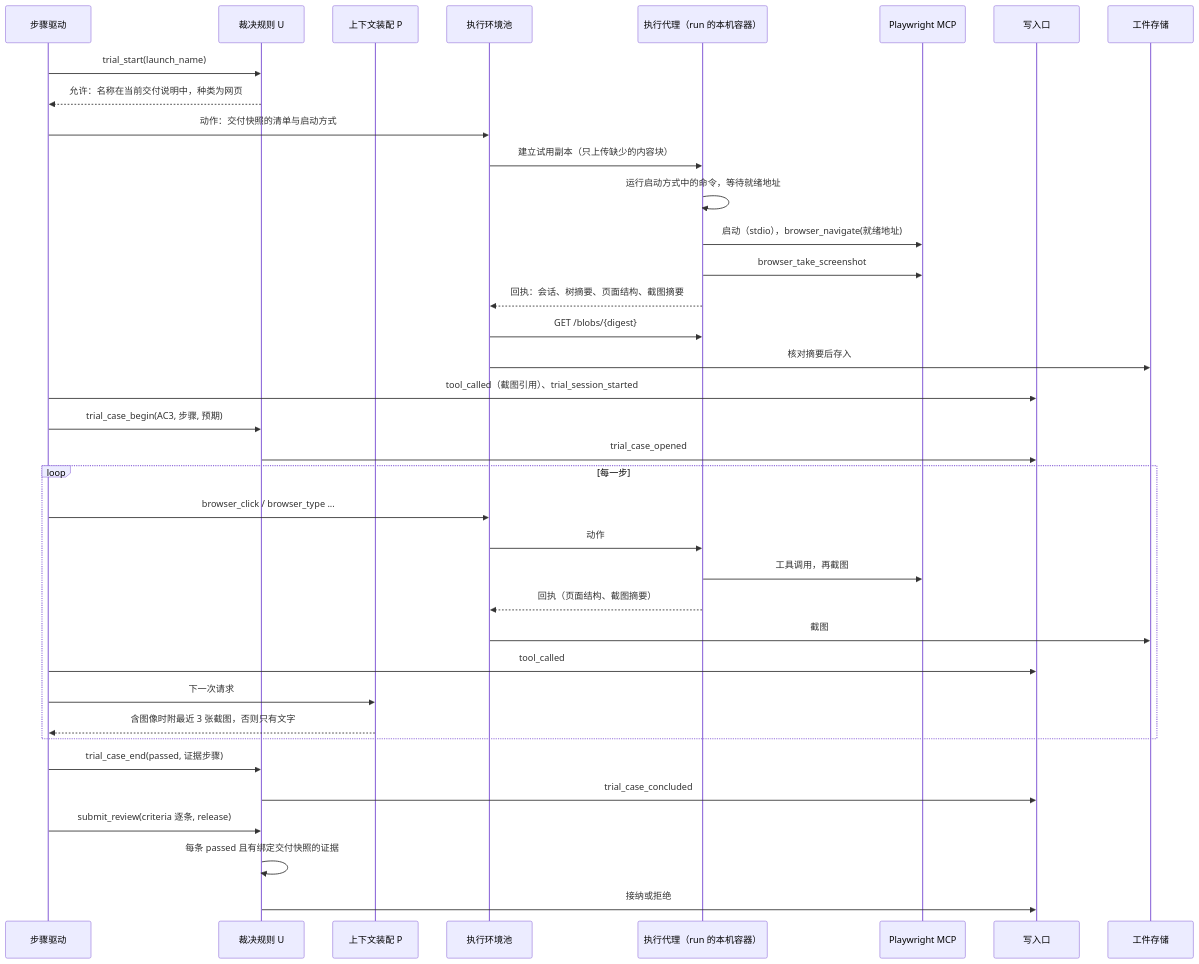
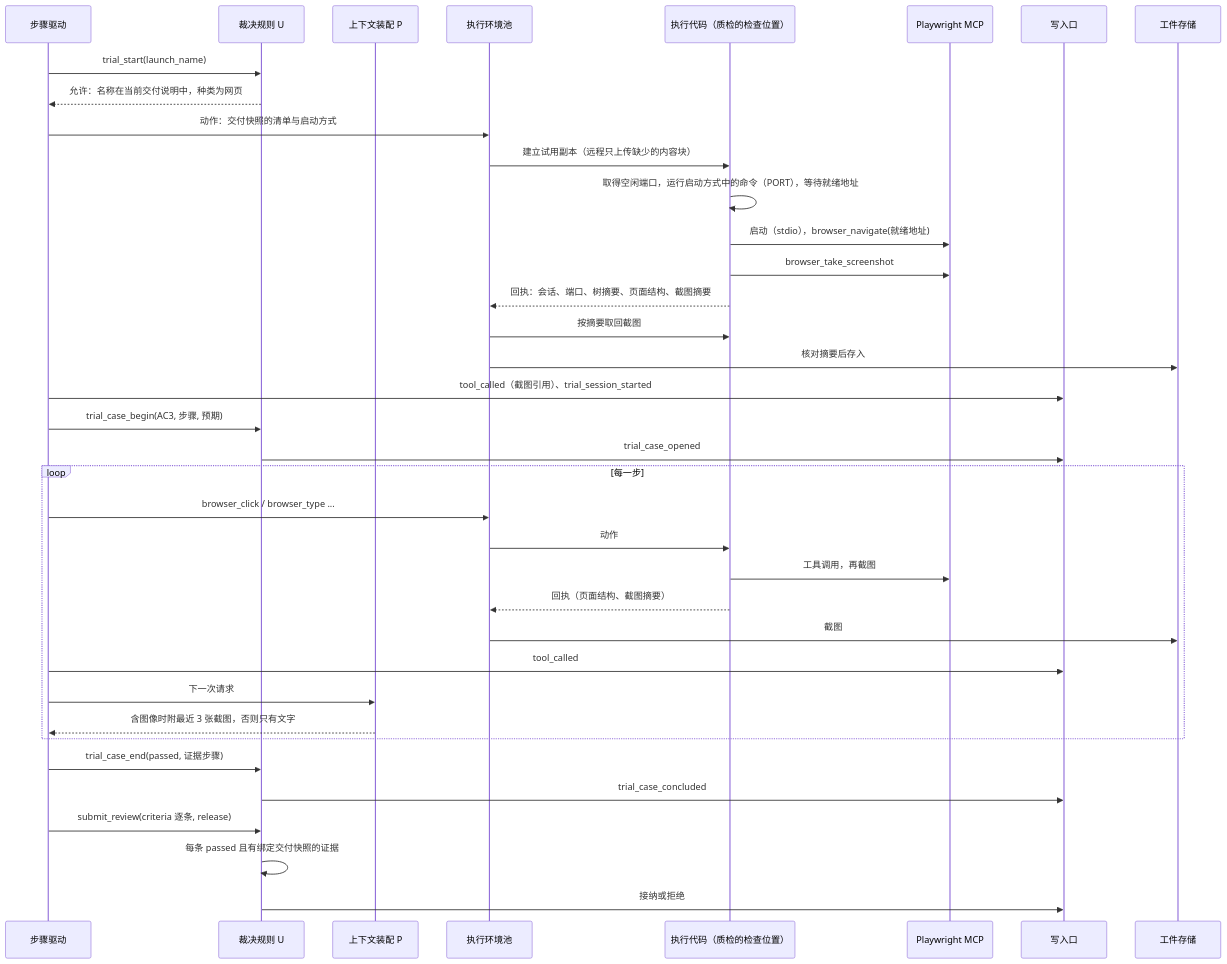
One commit to bender2333/yudao changed the third of 4 diagrams in docs/design/browser-and-computer-use.md. Above: the diagram before and after it, drawn with Mermaid. The commit also changed other lines of this file and 29 other files, not shown here.

````diff
--- a/docs/design/browser-and-computer-use.md
+++ b/docs/design/browser-and-computer-use.md
@@ -417,39 +410,39 @@
 ```mermaid
 sequenceDiagram
   participant S as 步骤驱动
   participant U as 裁决规则 U
   participant P as 上下文装配 P
   participant Pool as 执行环境池
-  participant A as 执行代理（run 的本机容器）
+  participant A as 执行代码（质检的检查位置）
   participant M as Playwright MCP
   participant W as 写入口
   participant Art as 工件存储
   S->>U: trial_start(launch_name)
   U-->>S: 允许：名称在当前交付说明中，种类为网页
   S->>Pool: 动作：交付快照的清单与启动方式
-  Pool->>A: 建立试用副本（只上传缺少的内容块）
-  A->>A: 运行启动方式中的命令，等待就绪地址
+  Pool->>A: 建立试用副本（远程只上传缺少的内容块）
+  A->>A: 取得空闲端口，运行启动方式中的命令（PORT），等待就绪地址
   A->>M: 启动（stdio），browser_navigate(就绪地址)
   A->>M: browser_take_screenshot
-  A-->>Pool: 回执：会话、树摘要、页面结构、截图摘要
-  Pool->>A: GET /blobs/{digest}
+  A-->>Pool: 回执：会话、端口、树摘要、页面结构、截图摘要
+  Pool->>A: 按摘要取回截图
   Pool->>Art: 核对摘要后存入
   S->>W: tool_called（截图引用）、trial_session_started
   S->>U: trial_case_begin(AC3, 步骤, 预期)
   U->>W: trial_case_opened
   loop 每一步
     S->>Pool: browser_click / browser_type ...
     Pool->>A: 动作
     A->>M: 工具调用，再截图
     A-->>Pool: 回执（页面结构、截图摘要）
     Pool->>Art: 截图
     S->>W: tool_called
     S->>P: 下一次请求
     P-->>S: 含图像时附最近 3 张截图，否则只有文字
   end
   S->>U: trial_case_end(passed, 证据步骤)
   U->>W: trial_case_concluded
   S->>U: submit_review(criteria 逐条, release)
   U->>U: 每条 passed 且有绑定交付快照的证据
   U->>W: 接纳或拒绝
 ```
````
